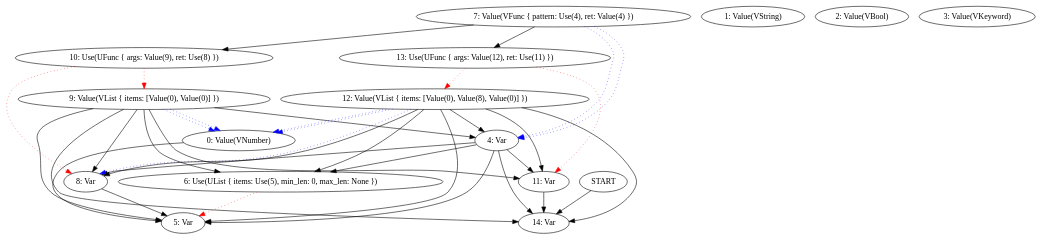
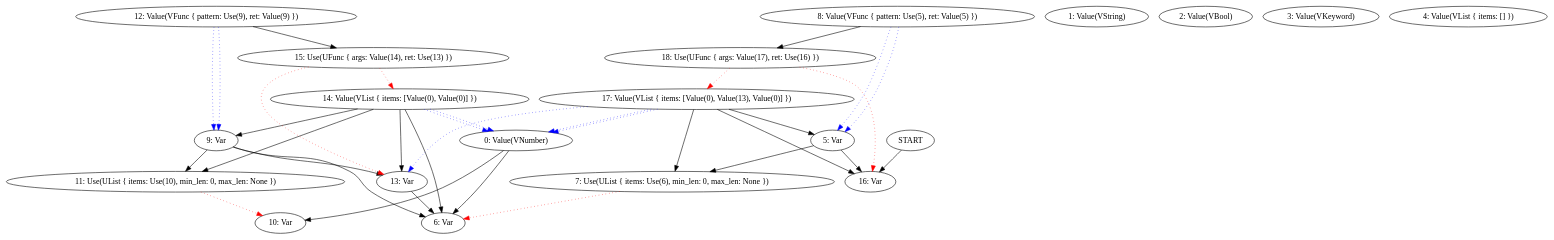
One commit to frondeus/project-s changed the diagram in docs/log/2025-06-17.md. Above: the diagram before and after it, drawn with Graphviz. The commit also changed other lines of this file and 15 other files, not shown here.

````diff
--- a/docs/log/2025-06-17.md
+++ b/docs/log/2025-06-17.md
@@ -56,55 +56,57 @@
 ```graphviz
 digraph G {
 N0 [label="0: Value(VNumber)"];
 N1 [label="1: Value(VString)"];
 N2 [label="2: Value(VBool)"];
 N3 [label="3: Value(VKeyword)"];
-N4 [label="4: Var"];
+N4 [label="4: Value(VList { items: [] })"];
 N5 [label="5: Var"];
-N6 [label="6: Use(UList { items: Use(5), min_len: 0, max_len: None })"];
-N7 [label="7: Value(VFunc { pattern: Use(4), ret: Value(4) })"];
-N8 [label="8: Var"];
-N9 [label="9: Value(VList { items: [Value(0), Value(0)] })"];
-N10 [label="10: Use(UFunc { args: Value(9), ret: Use(8) })"];
-N11 [label="11: Var"];
-N12 [label="12: Value(VList { items: [Value(0), Value(8), Value(0)] })"];
-N13 [label="13: Use(UFunc { args: Value(12), ret: Use(11) })"];
-N14 [label="14: Var"];
-START -> N14
-N6 -> N5 [color=red, style=dotted];
-N7 -> N4 [color=blue, style=dotted];
-N7 -> N4 [color=blue, style=dotted];
-N9 -> N0 [color=blue, style=dotted];
-N9 -> N0 [color=blue, style=dotted];
-N10 -> N9 [color=red, style=dotted];
-N10 -> N8 [color=red, style=dotted];
-N12 -> N0 [color=blue, style=dotted];
-N12 -> N8 [color=blue, style=dotted];
-N12 -> N0 [color=blue, style=dotted];
-N13 -> N12 [color=red, style=dotted];
-N13 -> N11 [color=red, style=dotted];
-N0 -> N5;
-N4 -> N6;
-N4 -> N8;
-N4 -> N11;
-N4 -> N5;
-N4 -> N14;
-N7 -> N10;
-N7 -> N13;
-N8 -> N5;
-N9 -> N4;
-N9 -> N8;
+N6 [label="6: Var"];
+N7 [label="7: Use(UList { items: Use(6), min_len: 0, max_len: None })"];
+N8 [label="8: Value(VFunc { pattern: Use(5), ret: Value(5) })"];
+N9 [label="9: Var"];
+N10 [label="10: Var"];
+N11 [label="11: Use(UList { items: Use(10), min_len: 0, max_len: None })"];
+N12 [label="12: Value(VFunc { pattern: Use(9), ret: Value(9) })"];
+N13 [label="13: Var"];
+N14 [label="14: Value(VList { items: [Value(0), Value(0)] })"];
+N15 [label="15: Use(UFunc { args: Value(14), ret: Use(13) })"];
+N16 [label="16: Var"];
+N17 [label="17: Value(VList { items: [Value(0), Value(13), Value(0)] })"];
+N18 [label="18: Use(UFunc { args: Value(17), ret: Use(16) })"];
+START -> N16
+N7 -> N6 [color=red, style=dotted];
+N8 -> N5 [color=blue, style=dotted];
+N8 -> N5 [color=blue, style=dotted];
+N11 -> N10 [color=red, style=dotted];
+N12 -> N9 [color=blue, style=dotted];
+N12 -> N9 [color=blue, style=dotted];
+N14 -> N0 [color=blue, style=dotted];
+N14 -> N0 [color=blue, style=dotted];
+N15 -> N14 [color=red, style=dotted];
+N15 -> N13 [color=red, style=dotted];
+N17 -> N0 [color=blue, style=dotted];
+N17 -> N13 [color=blue, style=dotted];
+N17 -> N0 [color=blue, style=dotted];
+N18 -> N17 [color=red, style=dotted];
+N18 -> N16 [color=red, style=dotted];
+N0 -> N10;
+N0 -> N6;
+N5 -> N7;
+N5 -> N16;
+N8 -> N18;
+N9 -> N11;
+N9 -> N13;
 N9 -> N6;
-N9 -> N11;
-N9 -> N5;
-N9 -> N14;
-N11 -> N14;
-N12 -> N4;
-N12 -> N11;
-N12 -> N8;
-N12 -> N6;
-N12 -> N5;
-N12 -> N14;
+N12 -> N15;
+N13 -> N6;
+N14 -> N9;
+N14 -> N13;
+N14 -> N11;
+N14 -> N6;
+N17 -> N5;
+N17 -> N16;
+N17 -> N7;
 }
 
 ```
````
